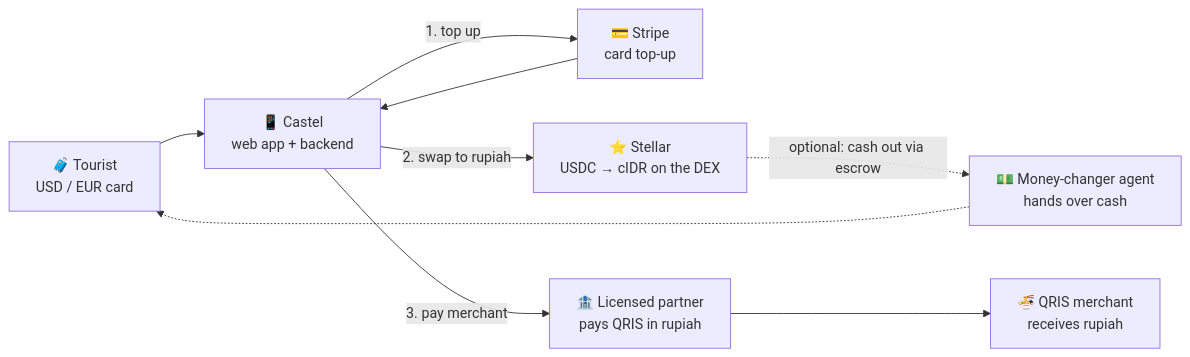
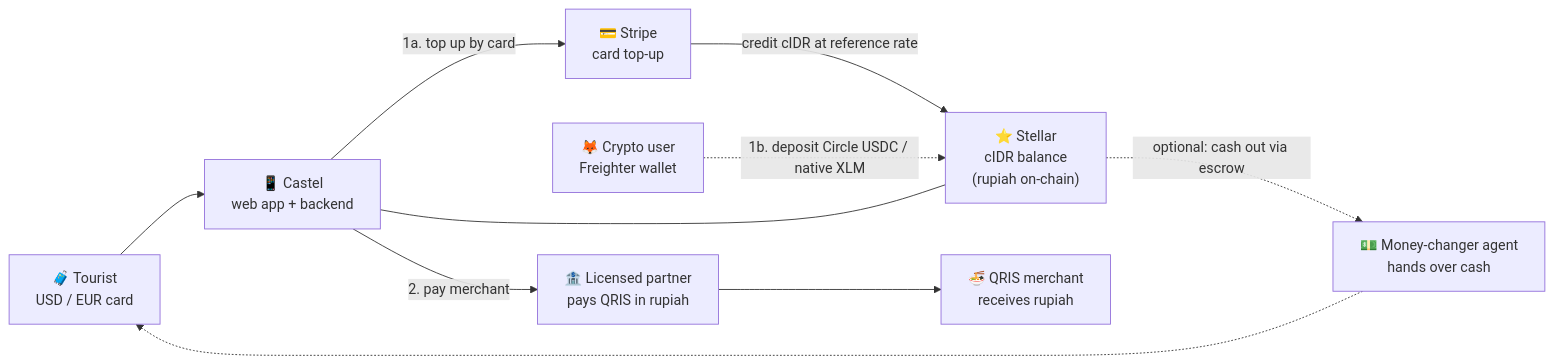
One commit to CastelPay/.github changed the first of 6 diagrams in architecture.md. Above: the diagram before and after it, drawn with Mermaid. The commit also changed other lines of this file and 1 other file, not shown here.

First line of the commit message:
docs: sync org profile + architecture with current architecture

````diff
--- a/architecture.md
+++ b/architecture.md
@@ -22,18 +26,20 @@
 ```mermaid
 flowchart LR
     T["🧳 Tourist<br/>USD / EUR card"]
+    W["🦊 Crypto user<br/>Freighter wallet"]
     APP["📱 Castel<br/>web app + backend"]
     STRIPE["💳 Stripe<br/>card top-up"]
-    STELLAR["⭐ Stellar<br/>USDC → cIDR on the DEX"]
+    STELLAR["⭐ Stellar<br/>cIDR balance<br/>(rupiah on-chain)"]
     XENDIT["🏦 Licensed partner<br/>pays QRIS in rupiah"]
     MERCHANT["🍜 QRIS merchant<br/>receives rupiah"]
     AGENT["💵 Money-changer agent<br/>hands over cash"]
 
     T --> APP
-    APP -->|1. top up| STRIPE
-    STRIPE --> APP
-    APP -->|2. swap to rupiah| STELLAR
-    APP -->|3. pay merchant| XENDIT --> MERCHANT
+    APP -->|1a. top up by card| STRIPE
+    STRIPE -->|credit cIDR at reference rate| STELLAR
+    W -.->|1b. deposit Circle USDC / native XLM| STELLAR
+    APP -->|2. pay merchant| XENDIT --> MERCHANT
+    STELLAR --- APP
     STELLAR -.->|optional: cash out via escrow| AGENT
     AGENT -.-> T
 ```
````
